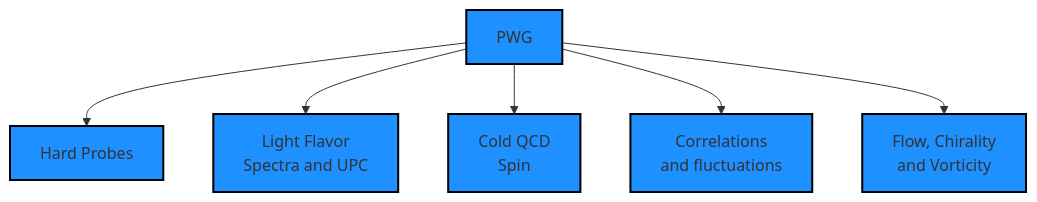
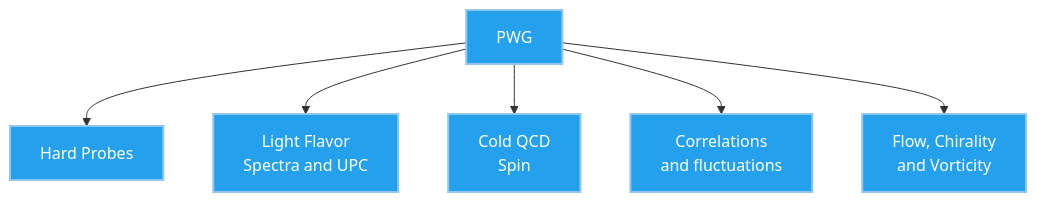
The first of 2 diagrams in README.md (star-juniors/star-juniors.github.io), drawn with Mermaid before and after one commit.

Commit message:
changed colors

````diff
--- a/README.md
+++ b/README.md
@@ -32,28 +32,28 @@
 ```mermaid
 graph TD
     PWG[PWG] --> HP[Hard Probes ]
     PWG --> LFSUPC[Light Flavor
 Spectra and UPC]
     PWG --> Spin[Cold QCD
 Spin]
     PWG --> Correlations[Correlations 
     and fluctuations]
     PWG --> FCV[Flow, Chirality
      and Vorticity]
 
     click HP "https://drupal.star.bnl.gov/STAR/pwg/Hard-Probes/Weekly-HP-PWG-meeting" "Hard Probes weekly"
     click LFSUPC "https://drupal.star.bnl.gov/STAR/pwg/light-flavor-spectra/lfs-upc-weekly-meeting" "LFSUPC weekly"
     click Spin "https://drupal.star.bnl.gov/STAR/pwg/spin/weekly-pwg-meetings" "Cold-QCD Webpage"
     click FCV "https://drupal.star.bnl.gov/STAR/blog/jjiastar/bulkcorr" "Flow Chirality and Vorticity Webpage"
     click Correlations "https://drupal.star.bnl.gov/STAR/blog/luoxf/correlations-and-fluctuations" "Correlations and Fluctuations Webpage"
 
-style PWG fill:#1E90FF,stroke:#000,stroke-width:2px;
-style HP fill:#1E90FF,stroke:#000,stroke-width:2px;
-style LFSUPC fill:#1E90FF,stroke:#000,stroke-width:2px;
-style Spin fill:#1E90FF,stroke:#000,stroke-width:2px;
-style FCV fill:#1E90FF,stroke:#000,stroke-width:2px;
-style Correlations fill:#1E90FF,stroke:#000,stroke-width:2px;
+style PWG fill:#24a0ed,stroke:#90c7f1,stroke-width:2px,color:#ffffff;
+style HP fill:#24a0ed,stroke:#90c7f1,stroke-width:2px,color:#ffffff;
+style LFSUPC fill:#24a0ed,stroke:#90c7f1,stroke-width:2px,color:#ffffff;
+style Spin fill:#24a0ed,stroke:#90c7f1,stroke-width:2px,color:#ffffff;
+style FCV fill:#24a0ed,stroke:#90c7f1,stroke-width:2px,color:#ffffff;
+style Correlations fill:#24a0ed,stroke:#90c7f1,stroke-width:2px,color:#ffffff;
 
 
 
 ```
````
